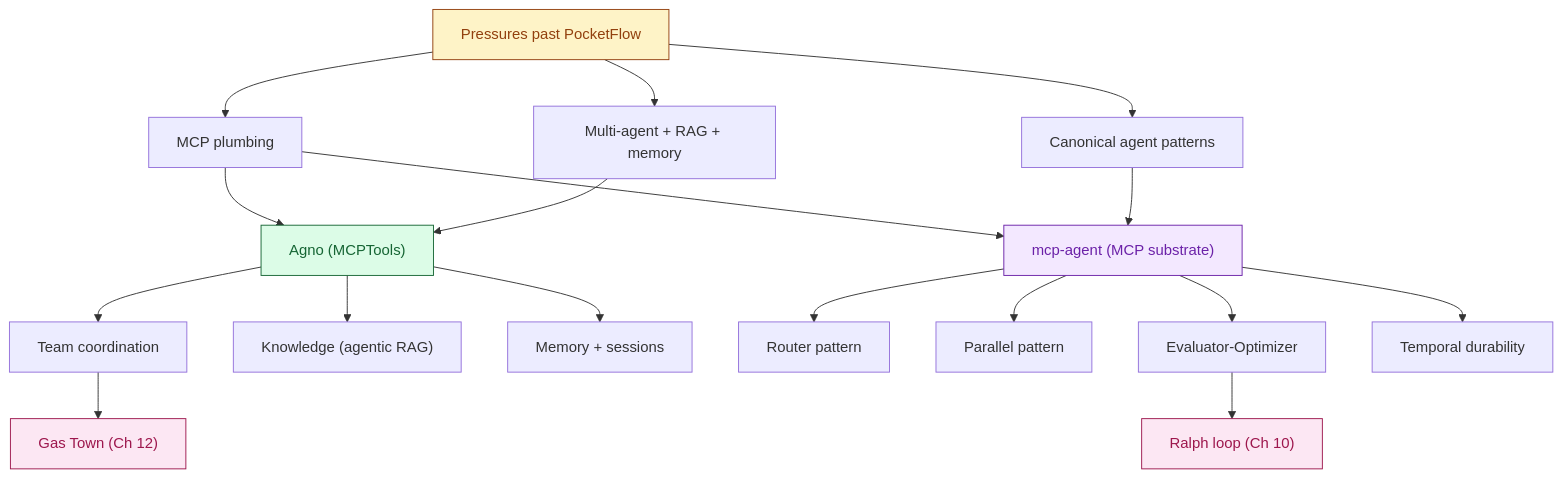
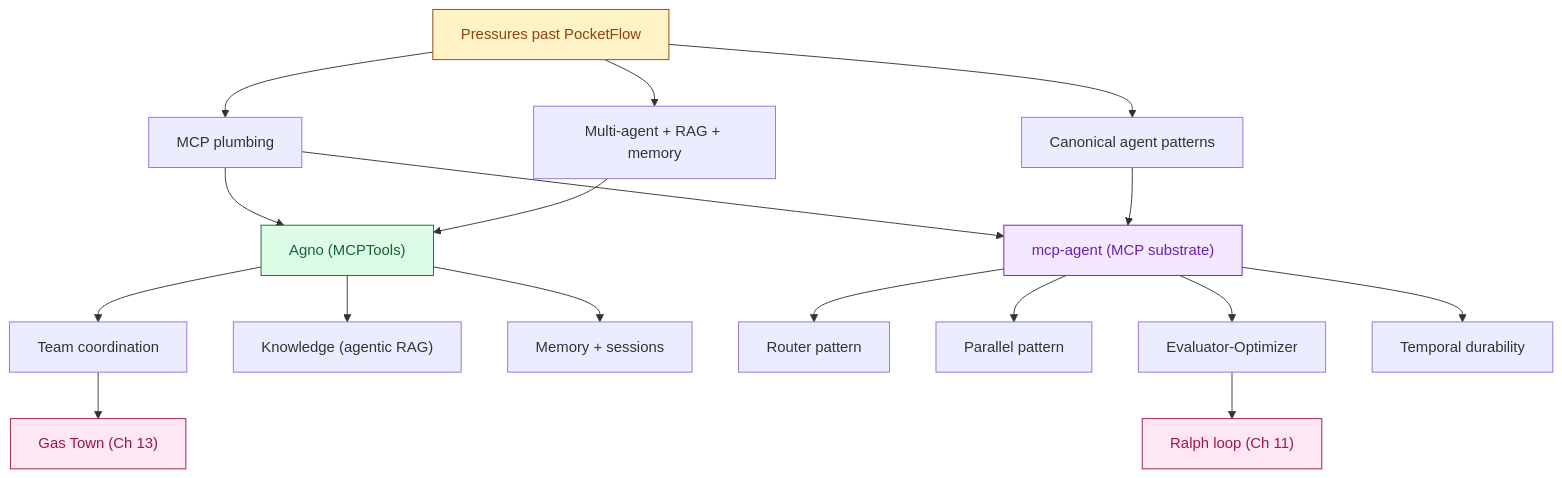
The third of 3 diagrams in chapters/ch08-production-frameworks.qmd (bayeslearner/ai-software-engineering), drawn with Mermaid before and after one commit. The commit also changed other lines of this file and 10 other files, not shown here.

First line of the commit message:
ch10: add "Choosing a Runtime", shift ralph/economics/gas-town/career down one

````diff
--- a/chapters/ch08-production-frameworks.qmd
+++ b/chapters/ch08-production-frameworks.qmd
@@ -1176,25 +1180,25 @@
 ```{mermaid}
 %%| fig-cap: "How the production-platform concepts connect"
 flowchart TD
     P["Pressures past PocketFlow"] --> M["MCP plumbing"]
     P --> K["Multi-agent + RAG + memory"]
     P --> PT["Canonical agent patterns"]
     M --> AG["Agno (MCPTools)"]
     K --> AG
     M --> MA["mcp-agent (MCP substrate)"]
     PT --> MA
     AG --> TM["Team coordination"]
     AG --> KN["Knowledge (agentic RAG)"]
     AG --> MM["Memory + sessions"]
     MA --> RT["Router pattern"]
     MA --> PL["Parallel pattern"]
     MA --> EO["Evaluator-Optimizer"]
     MA --> TP["Temporal durability"]
-    EO --> RL["Ralph loop (Ch 10)"]
-    TM --> GT["Gas Town (Ch 12)"]
+    EO --> RL["Ralph loop (Ch 11)"]
+    TM --> GT["Gas Town (Ch 13)"]
     style P fill:#fef3c7,stroke:#92400e,color:#92400e
     style AG fill:#dcfce7,stroke:#166534,color:#166534
     style MA fill:#f3e8ff,stroke:#6b21a8,color:#6b21a8
     style RL fill:#fce7f3,stroke:#9d174d,color:#9d174d
     style GT fill:#fce7f3,stroke:#9d174d,color:#9d174d
 ```
````
